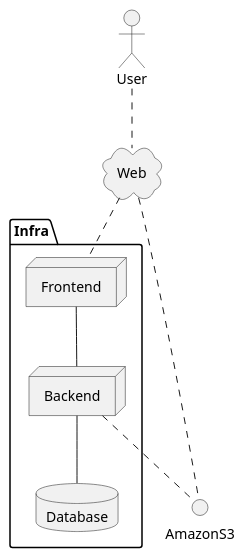
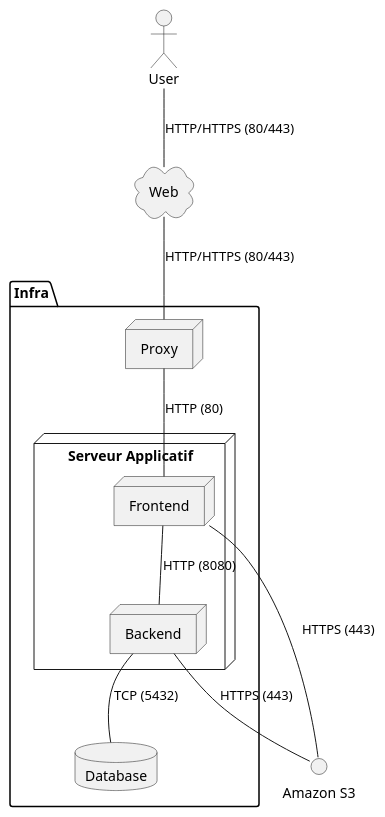
One commit to ETML-ES-LABEFE-MANUEL-THEO/BACKEND changed the diagram in docs/solution-schema.puml. Above: the diagram before and after it, drawn with PlantUML. The commit also changed 1 other file, not shown here.

Commit message:
docs: better solution schema and match current code

```diff
--- a/docs/solution-schema.puml
+++ b/docs/solution-schema.puml
@@ -1,20 +1,26 @@
 @startuml
 
 actor User
-cloud Web
-interface AmazonS3
 
-folder Infra {
-    node Frontend
-    node Backend
-    database Database
+cloud "Web" as Web
+
+folder "Infra" {
+    node "Proxy" as Proxy
+    node "Serveur Applicatif" as AppServer {
+        node "Frontend" as Frontend
+        node "Backend" as Backend
+    }
+    database "Database" as Database
 }
 
-User .. Web
-Web .. Frontend
-Web .. AmazonS3
-Frontend -- Backend
-Backend -- Database
-Backend .. AmazonS3
+interface "Amazon S3" as AmazonS3
+
+User -- Web : HTTP/HTTPS (80/443)
+Web -- Proxy : HTTP/HTTPS (80/443)
+Proxy -- Frontend : HTTP (80)
+Frontend -- Backend : HTTP (8080)
+Backend -- Database : TCP (5432)
+Frontend -- AmazonS3 : HTTPS (443)
+Backend -- AmazonS3 : HTTPS (443)
 
 @enduml
```
